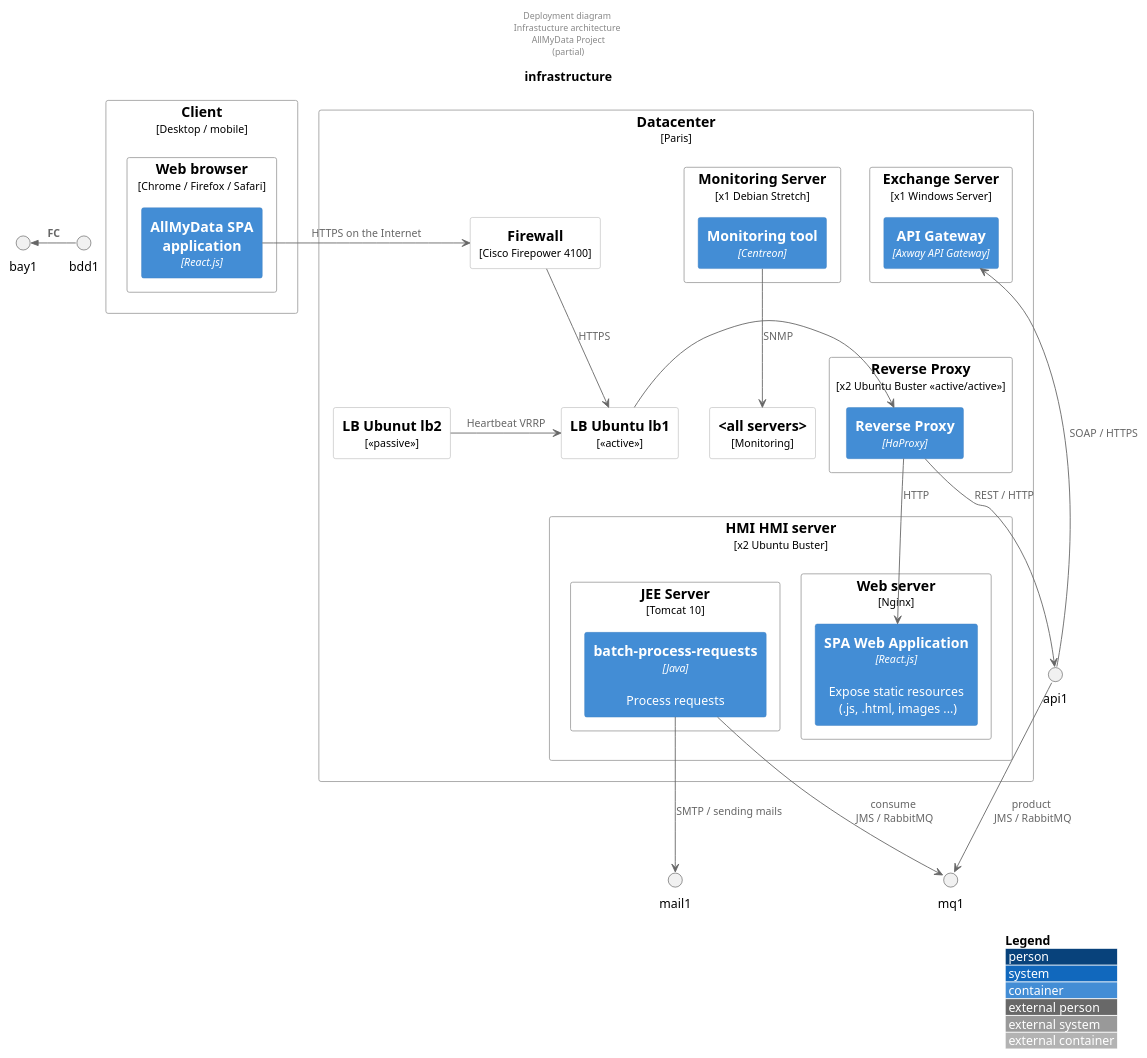
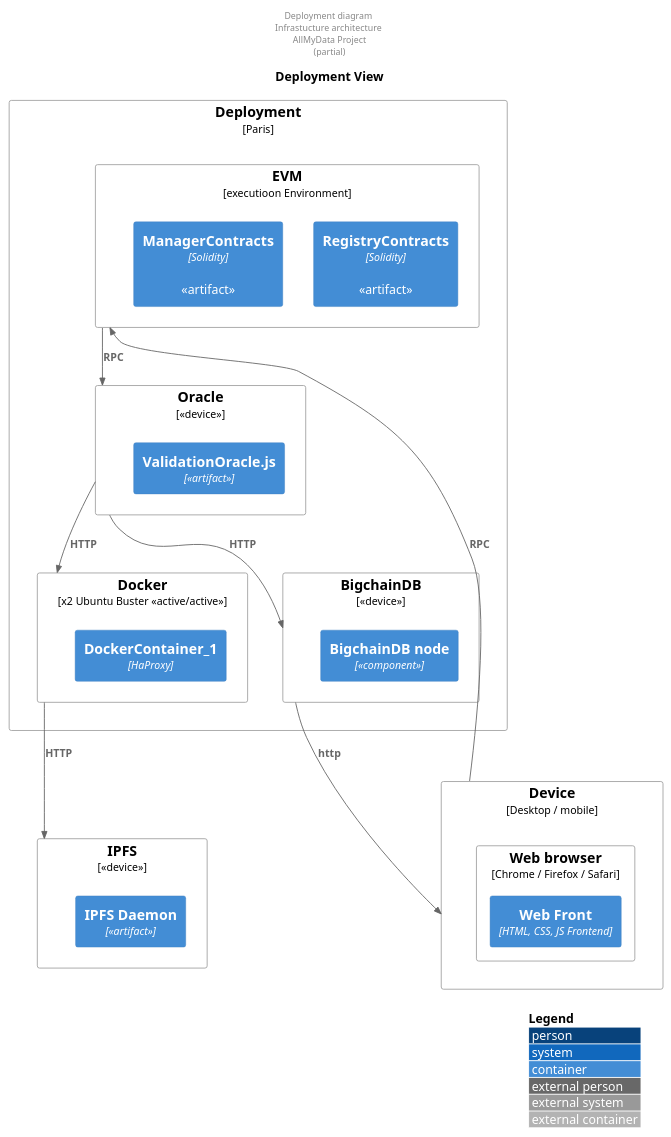
One commit to ckanyemba/Architecture-Document changed the diagram in Deployment View/assets/deployment_view.puml. Above: the diagram before and after it, drawn with PlantUML. The commit also changed 1 other file, not shown here.

Commit message:
deployment view

```diff
--- a/Deployment View/assets/deployment_view.puml
+++ b/Deployment View/assets/deployment_view.puml
@@ -1,60 +1,45 @@
 @startuml
 '!includeurl https://raw.githubusercontent.com/RicardoNiepel/C4-PlantUML/master/C4_Deployment.puml
 !include <c4/C4_Deployment.puml> 
-title infrastructure
+title Deployment View
 header Deployment diagram \nInfrastucture architecture \n AllMyData Project \n(partial)
 LAYOUT_WITH_LEGEND()
 
 
-Node("client", "Client", "Desktop / mobile") {
+Node("client", "Device", "Desktop / mobile") {
   Node("nav1", "Web browser", "Chrome / Firefox / Safari") {
-    Container("spa", "AllMyData SPA application", "React.js")
+    Container("spa", "Web Front", "HTML, CSS, JS Frontend")
   }
 }
 
-Node("dc", "Datacenter", "Paris") {
-    Node("r2", "Firewall", "Cisco Firepower 4100")
-    Node("lb1", "LB Ubuntu lb1", "<<active>>")
-    Node("lb2", "LB Ubunut lb2", "<<passive>>")
+Node("dc", "Deployment", "Paris") {
 
-    Node("rp1", "Reverse Proxy", "x2 Ubuntu Buster <<active/active>>") {
-      Container("ha1", "Reverse Proxy", "HaProxy")
+    Node("rp1", "Docker", "x2 Ubuntu Buster <<active/active>>") {
+      Container("ha1", "DockerContainer_1", "HaProxy")
     }
 
-    Node("server_gui", "HMI HMI server", "x2 Ubuntu Buster") {
-      Node("sw1", "Web server", "Nginx") {
-        Container("guis1", "SPA Web Application", "React.js", "Expose static resources \n (.js, .html, images ...)")
-      }
-      Node("tomcat_batchs1", "JEE Server", "Tomcat 10") {
-        Container("batch1", "batch-process-requests", "Java", "Process requests")
-      }
+    Node("server_gui", "BigchainDB", "<<device>>") {
+        Container("sw1", "BigchainDB node", "<<component>>")
+        }
+    
+    Node("sup1_server", "EVM", "executioon Environment") {
+      Container("Registry", "RegistryContracts", "Solidity", "<<artifact>>") 
+      Container("manager", "ManagerContracts", "Solidity", "<<artifact>>")
     }
 
-    
-    Node("sup1_server", "Monitoring Server", "x1 Debian Stretch") {
-      Container("sup1", "Monitoring tool", "Centreon")
+    Node("ech1", "Oracle", "<<device>>") {
+      Container("gw1", "ValidationOracle.js", "<<artifact>>")
+    }
+}
+Node("ec", "IPFS", "<<device>>") {
+      Container("gw", "IPFS Daemon", "<<artifact>>")
     }
 
-    Node("ech1", "Exchange Server", "x1 Windows Server") {
-      Container("gw1", "API Gateway", "Axway API Gateway")
-    }
-
-   
-    Node("all_servers", "<all servers>", "Monitoring")
-}
-
-spa -> r2 : HTTPS on the Internet
-r2 --> lb1 : HTTPS
-lb2 -> lb1 : Heartbeat VRRP
-lb1 -> ha1
-ha1 --> guis1 : HTTP
-api1 -> mq1 : product \n JMS / RabbitMQ
-batch1 --> mq1 : consume \n JMS / RabbitMQ
-batch1 --> mail1 : SMTP / sending mails
-api1 --> gw1 : SOAP / HTTPS
-ha1 --> api1 : REST / HTTP
-sup1 --> all_servers : SNMP
-
-Rel_Left("bdd1", "bay1", "FC")
+Rel(client, sup1_server, "RPC")
+Rel(sup1_server, ech1, "RPC")
+Rel(ech1, rp1, "HTTP")
+Rel(rp1, ec, "HTTP")
+Rel(ech1, server_gui, "HTTP")
+Rel(server_gui, client, "http")
 
 @enduml
```
